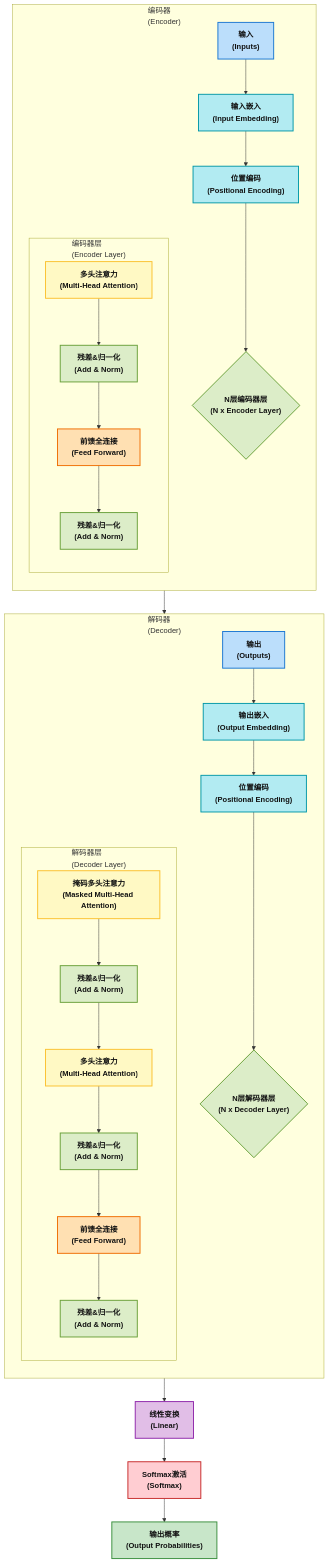
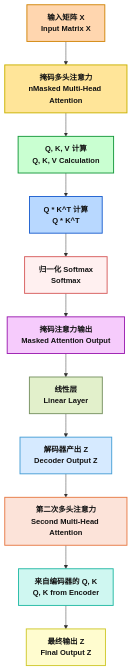
The ninth of 18 diagrams in open-education/open-source-courses/人工智能/AI思维与创造力第一课/01_教学内容与实验/Session_06_大模型感知原理/Lecture_06_讲义.md (Gitconomy-Research/Git4Research), drawn with Mermaid before and after one commit. The commit also changed other lines of this file, not shown here.

````diff
--- a/open-education/open-source-courses/人工智能/AI思维与创造力第一课/01_教学内容与实验/Session_06_大模型感知原理/Lecture_06_讲义.md
+++ b/open-education/open-source-courses/人工智能/AI思维与创造力第一课/01_教学内容与实验/Session_06_大模型感知原理/Lecture_06_讲义.md
@@ -1492,48 +1595,39 @@
 ```mermaid
-graph TD
-    subgraph Encoder["编码器<br>(Encoder)"]
-        direction TB
-        A["输入<br>(Inputs)"]:::input -->
-        B["输入嵌入<br>(Input Embedding)"]:::embedding
-        B --> C["位置编码<br>(Positional Encoding)"]:::embedding
-        C --> D{"N层编码器层<br>(N x Encoder Layer)"}:::block
-        subgraph EncoderLayer["编码器层<br>(Encoder Layer)"]
-            direction TB
-            E["多头注意力<br>(Multi-Head Attention)"]:::attention -->
-            F["残差&归一化<br>(Add & Norm)"]:::block
-            F --> G["前馈全连接<br>(Feed Forward)"]:::ffn
-            G --> H["残差&归一化<br>(Add & Norm)"]:::block
-        end
-    end
+flowchart TD
+    A["输入矩阵 X<br>Input Matrix X"]:::celloutput
+    B["掩码多头注意力<br>nMasked Multi-Head Attention"]:::celloutput
+    C["Q, K, V 计算<br>Q, K, V Calculation"]:::celloutput
+    D["Q * K^T 计算<br>Q * K^T"]:::celloutput
+    E["归一化 Softmax<br>Softmax"]:::celloutput
+    F["掩码注意力输出<br>Masked Attention Output"]:::celloutput
+    G["线性层<br>Linear Layer"]:::celloutput
+    H["解码器产出 Z<br>Decoder Output Z"]:::celloutput
+    I["第二次多头注意力<br>Second Multi-Head Attention"]:::celloutput
+    J["来自编码器的 Q, K<br>Q, K from Encoder"]:::celloutput
+    K["最终输出 Z<br>Final Output Z"]:::celloutput
 
-    subgraph Decoder["解码器<br>(Decoder)"]
-        direction TB
-        I["输出<br>(Outputs)"]:::input -->
-        J["输出嵌入<br>(Output Embedding)"]:::embedding
-        J --> K["位置编码<br>(Positional Encoding)"]:::embedding
-        K --> L{"N层解码器层<br>(N x Decoder Layer)"}:::block
-        subgraph DecoderLayer["解码器层<br>(Decoder Layer)"]
-            direction TB
-            M["掩码多头注意力<br>(Masked Multi-Head Attention)"]:::attention -->
-            N["残差&归一化<br>(Add & Norm)"]:::block
-            N --> O["多头注意力<br>(Multi-Head Attention)"]:::attention
-            O --> P["残差&归一化<br>(Add & Norm)"]:::block
-            P --> Q["前馈全连接<br>(Feed Forward)"]:::ffn
-            Q --> R["残差&归一化<br>(Add & Norm)"]:::block
-        end
-    end
+    A --> B
+    B --> C
+    C --> D
+    D --> E
+    E --> F
+    F --> G
+    G --> H
+    H --> I
+    I --> J
+    J --> K
 
-    D --> O
-    R --> S["线性变换<br>(Linear)"]:::linear
-    S --> T["Softmax激活<br>(Softmax)"]:::softmax
-    T --> U["输出概率<br>(Output Probabilities)"]:::output
+    style A fill:#ffd6af,stroke:#d18509,stroke-width:2px
+    style B fill:#ffe599,stroke:#cab200,stroke-width:2px
+    style C fill:#c9ffd1,stroke:#179a3d,stroke-width:2px
+    style D fill:#b8d8ff,stroke:#1f61d0,stroke-width:2px
+    style E fill:#fff0f0,stroke:#d75d5d,stroke-width:2px
+    style F fill:#f6cbfc,stroke:#9c1eb1,stroke-width:2px
+    style G fill:#e2f0cb,stroke:#789262,stroke-width:2px
+    style H fill:#d6eaff,stroke:#489fd6,stroke-width:2px
+    style I fill:#fce3d9,stroke:#e87b46,stroke-width:2px
+    style J fill:#cff7f1,stroke:#25baa5,stroke-width:2px
+    style K fill:#fffccf,stroke:#cfc82d,stroke-width:2px
 
-    classDef input font-weight:bold,color:#111,fill:#bbdefb,stroke:#1976d2,stroke-width:2px;
-    classDef embedding font-weight:bold,color:#111,fill:#b2ebf2,stroke:#0097a7,stroke-width:2px;
-    classDef attention font-weight:bold,color:#111,fill:#fff9c4,stroke:#fbc02d,stroke-width:2px;
-    classDef block font-weight:bold,color:#111,fill:#dcedc8,stroke:#689f38,stroke-width:2px;
-    classDef ffn font-weight:bold,color:#111,fill:#ffe0b2,stroke:#ef6c00,stroke-width:2px;
-    classDef linear font-weight:bold,color:#111,fill:#e1bee7,stroke:#8e24aa,stroke-width:2px;
-    classDef softmax font-weight:bold,color:#111,fill:#ffcdd2,stroke:#c62828,stroke-width:2px;
-    classDef output font-weight:bold,color:#111,fill:#c8e6c9,stroke:#388e3c,stroke-width:2px;
+	classDef celloutput font-weight:bold,color:#111,fill:#ffcdd2,stroke:#c62828,stroke-width:2px;
 ```
````
